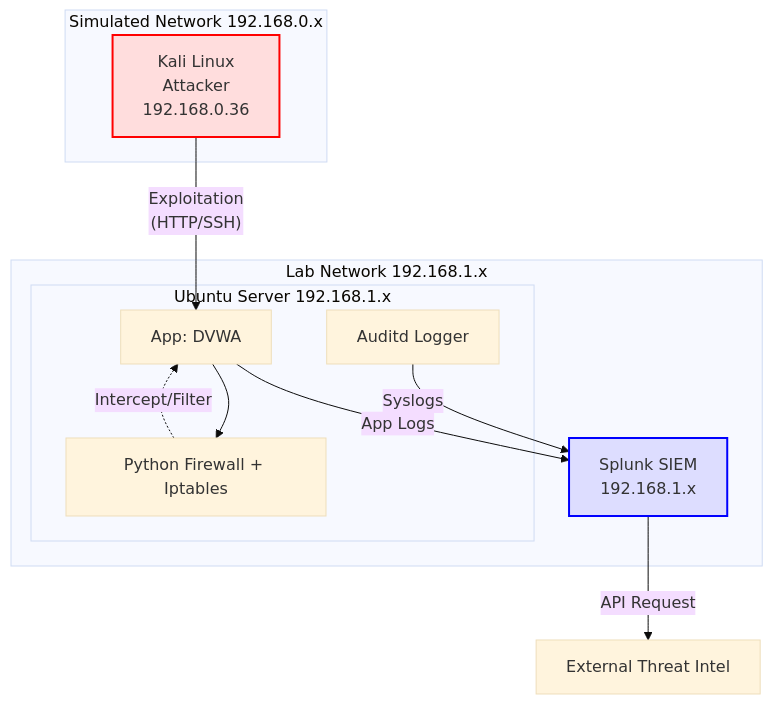
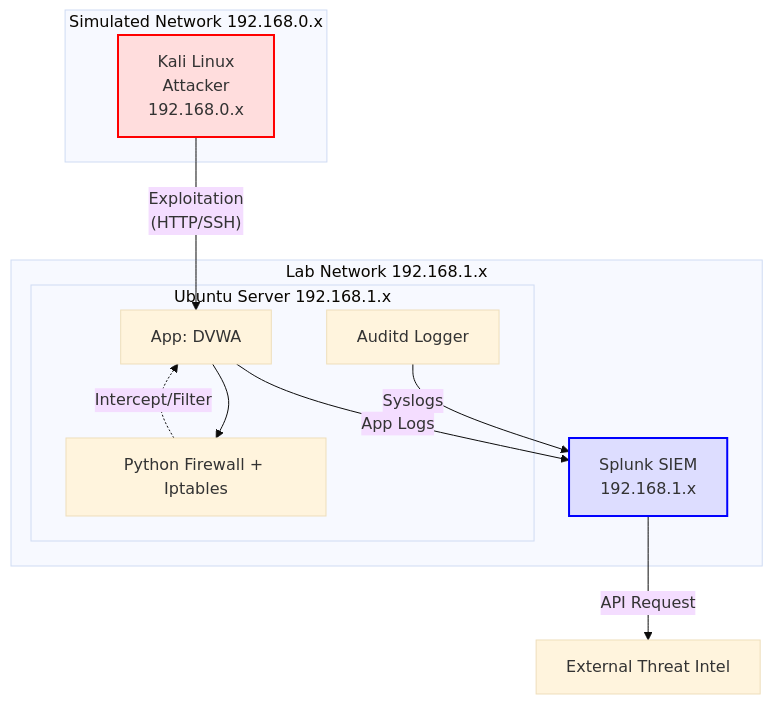
Before and after one commit to TomiGuasta/SocLab-Portfolio: the diagram in homelab-soc/Architecture.md, drawn with Mermaid (base theme).

````diff
--- a/homelab-soc/Architecture.md
+++ b/homelab-soc/Architecture.md
@@ -7,32 +7,32 @@
 ```mermaid
 graph TB
     %% Definición de Estilos
     classDef attacker fill:#fdd,stroke:#f00,stroke-width:2px;
     classDef victim fill:#dfd,stroke:#0f0,stroke-width:2px;
     classDef siem fill:#ddf,stroke:#00f,stroke-width:2px;
 
     subgraph Internet_Zone [Simulated Network 192.168.0.x]
-        KALI[Kali Linux<br/>Attacker<br/>192.168.0.36]:::attacker
+        KALI[Kali Linux<br/>Attacker<br/>192.168.0.x]:::attacker
     end
 
     subgraph Defense_Lab [Lab Network 192.168.1.x]
         subgraph Victim_Host [Ubuntu Server 192.168.1.x]
             DVWA[App: DVWA]
             FW[Python Firewall + Iptables]
             AUDITD[Auditd Logger]
         end
         SPLUNK[Splunk SIEM<br/>192.168.1.x]:::siem
     end
 
     %% Flujos de Ataque
     KALI -- "Exploitation<br/>(HTTP/SSH)" --> DVWA
 
     %% Flujos de Defensa / Logs
     DVWA --> FW
     FW -.-> |"Intercept/Filter"| DVWA
     AUDITD --> |"Syslogs"| SPLUNK
     DVWA --> |"App Logs"| SPLUNK
 
     %% Inteligencia
     SPLUNK -- "API Request" --> THREAT[External Threat Intel]
 ```
````
